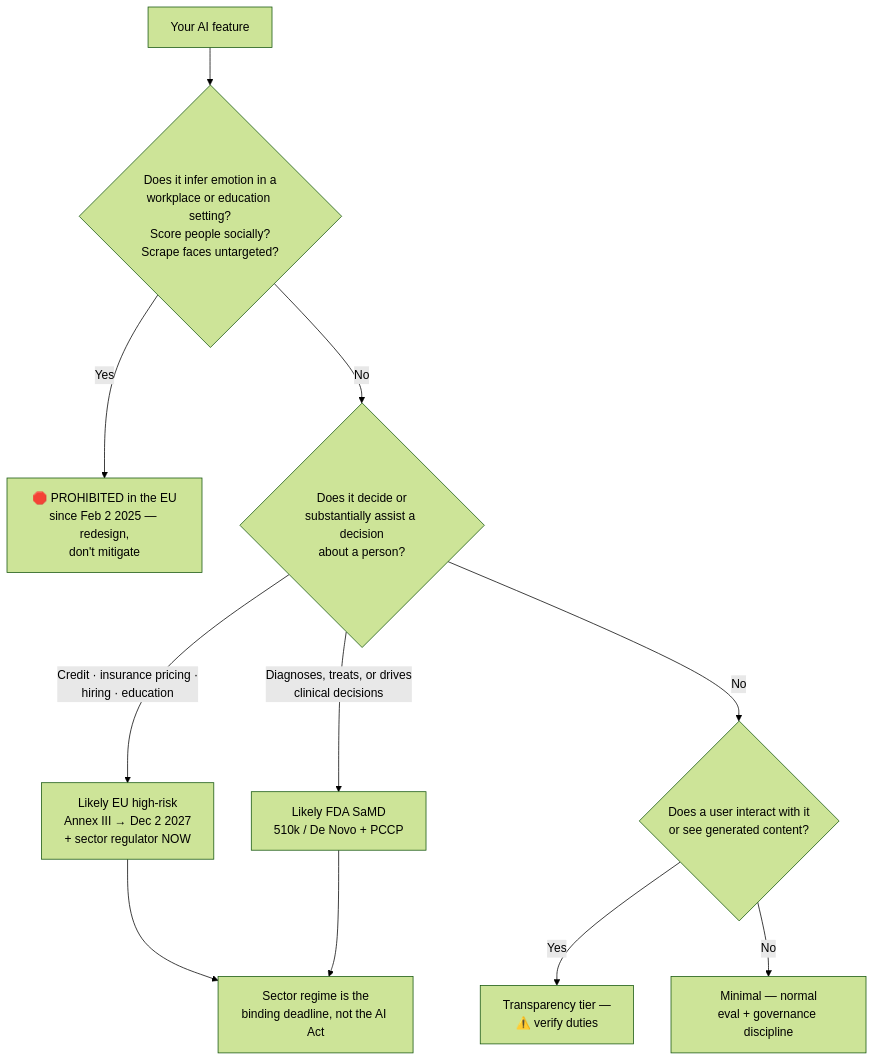
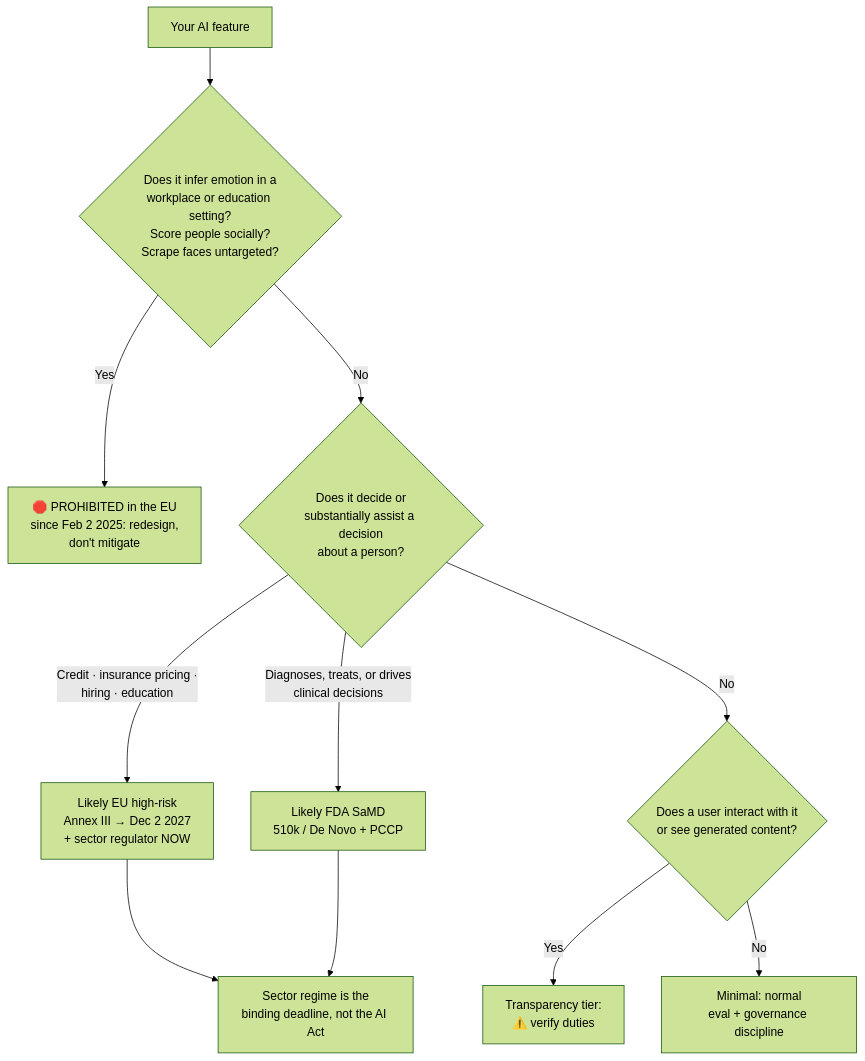
One commit to sugirdadinakar/AI-for-Product-Managers changed the third of 3 diagrams in 09-resources/regulation-and-governance.md. Above: the diagram before and after it, drawn with Mermaid (forest theme). The commit also changed other lines of this file and 59 other files, not shown here.

````diff
--- a/09-resources/regulation-and-governance.md
+++ b/09-resources/regulation-and-governance.md
@@ -152,13 +152,13 @@
 ```mermaid
 flowchart TD
     A["Your AI feature"] --> B{"Does it infer emotion in a<br/>workplace or education setting?<br/>Score people socially?<br/>Scrape faces untargeted?"}
-    B -->|Yes| C["🛑 PROHIBITED in the EU<br/>since Feb 2 2025 — redesign,<br/>don't mitigate"]
+    B -->|Yes| C["🛑 PROHIBITED in the EU<br/>since Feb 2 2025: redesign,<br/>don't mitigate"]
     B -->|No| D{"Does it decide or<br/>substantially assist a decision<br/>about a person?"}
     D -->|"Credit · insurance pricing ·<br/>hiring · education"| E["Likely EU high-risk<br/>Annex III → Dec 2 2027<br/>+ sector regulator NOW"]
     D -->|"Diagnoses, treats, or drives<br/>clinical decisions"| F["Likely FDA SaMD<br/>510k / De Novo + PCCP"]
     D -->|No| G{"Does a user interact with it<br/>or see generated content?"}
-    G -->|Yes| H["Transparency tier —<br/>⚠️ verify duties"]
-    G -->|No| I["Minimal — normal<br/>eval + governance discipline"]
+    G -->|Yes| H["Transparency tier:<br/>⚠️ verify duties"]
+    G -->|No| I["Minimal: normal<br/>eval + governance discipline"]
     E --> J["Sector regime is the<br/>binding deadline, not the AI Act"]
     F --> J
 ```
````
